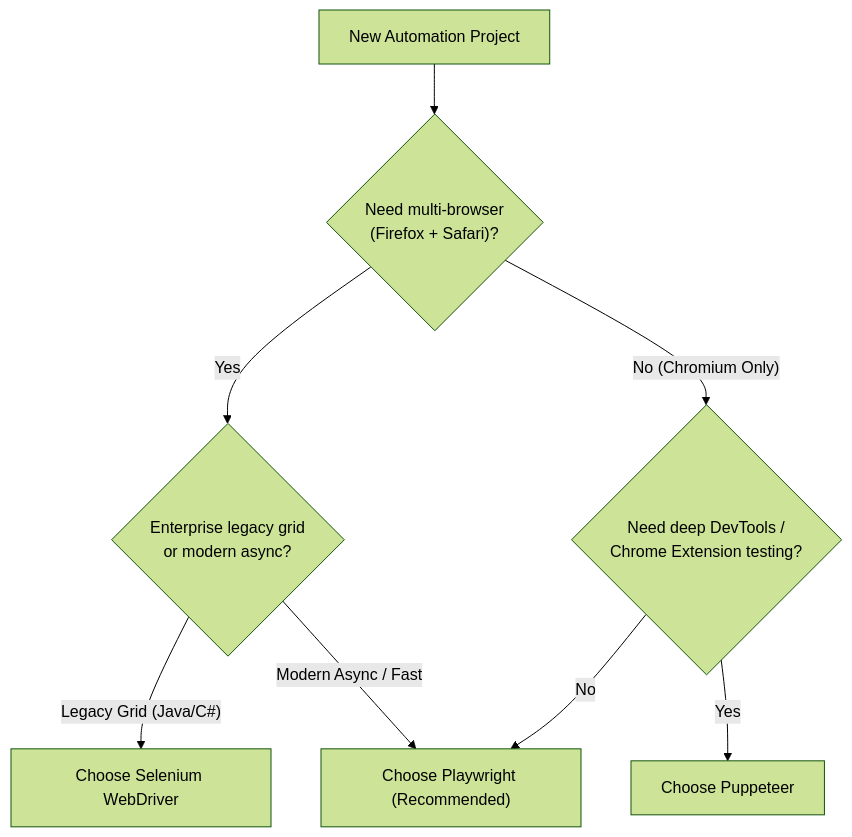
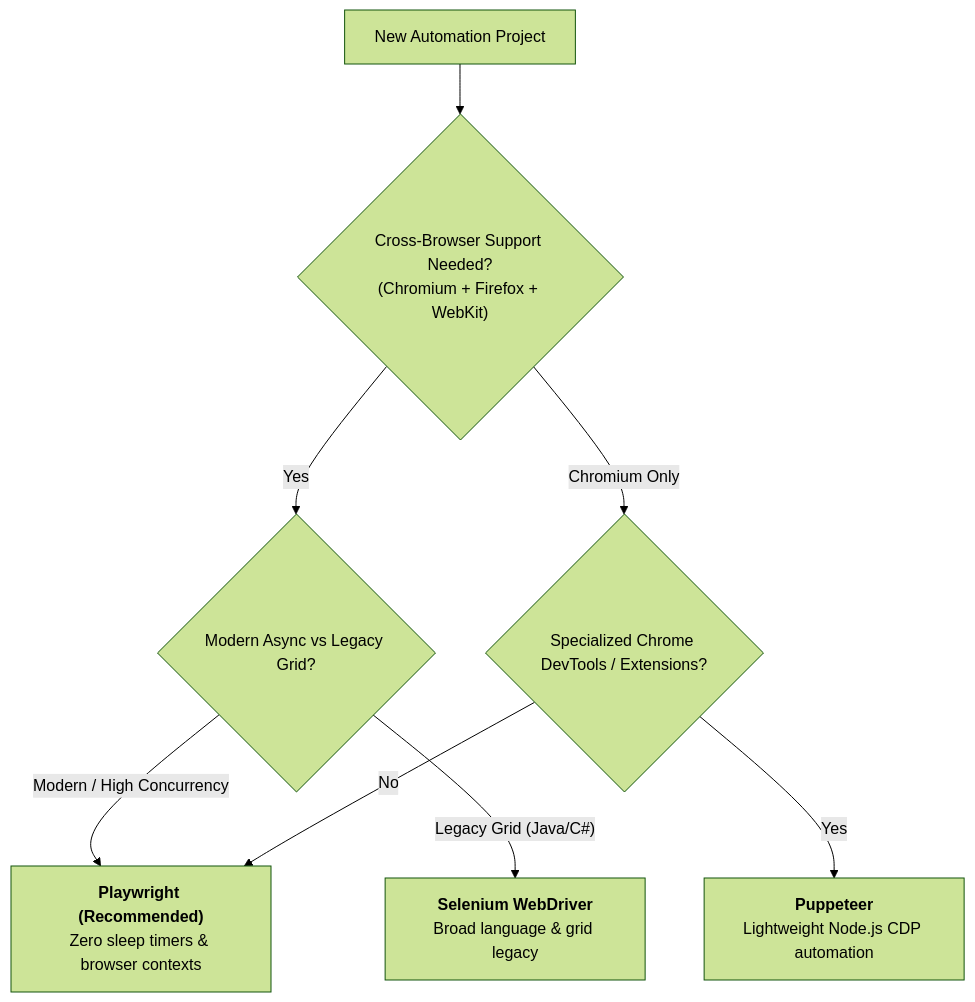
Before and after one commit to naimurhasan/naimurhasan.github.io: the first of 4 diagrams in _posts/2026-10-03-selenium-vs-puppeteer-vs-playwright.md, drawn with Mermaid (forest theme). The commit also changed other lines of this file and 28 other files, not shown here.

Commit message:
fix(blog): refactor all Mermaid diagrams to vertical legible layouts and restore in-body illustrations

````diff
--- a/_posts/2026-10-03-selenium-vs-puppeteer-vs-playwright.md
+++ b/_posts/2026-10-03-selenium-vs-puppeteer-vs-playwright.md
@@ -25,10 +25,10 @@
 ```mermaid
-graph TD
-  Start["New Automation Project"] --> MultiBrowser{"Need multi-browser<br/>(Firefox + Safari)?"}
-  MultiBrowser -- "Yes" --> FrameworkChoice{"Enterprise legacy grid<br/>or modern async?"}
-  FrameworkChoice -- "Legacy Grid (Java/C#)" --> Selenium["Choose Selenium WebDriver"]
-  FrameworkChoice -- "Modern Async / Fast" --> Playwright["Choose Playwright (Recommended)"]
-  MultiBrowser -- "No (Chromium Only)" --> ChromeSpecial{"Need deep DevTools /<br/>Chrome Extension testing?"}
-  ChromeSpecial -- "Yes" --> Puppeteer["Choose Puppeteer"]
-  ChromeSpecial -- "No" --> Playwright
+flowchart TD
+  Start["New Automation Project"] --> Multi{"Cross-Browser Support Needed?<br/>(Chromium + Firefox + WebKit)"}
+  Multi -- "Yes" --> Arch{"Modern Async vs Legacy Grid?"}
+  Arch -- "Modern / High Concurrency" --> Playwright["<b>Playwright (Recommended)</b><br/>Zero sleep timers & browser contexts"]
+  Arch -- "Legacy Grid (Java/C#)" --> Selenium["<b>Selenium WebDriver</b><br/>Broad language & grid legacy"]
+  Multi -- "Chromium Only" --> ChromeSpec{"Specialized Chrome DevTools / Extensions?"}
+  ChromeSpec -- "Yes" --> Puppeteer["<b>Puppeteer</b><br/>Lightweight Node.js CDP automation"]
+  ChromeSpec -- "No" --> Playwright
 ```
````
